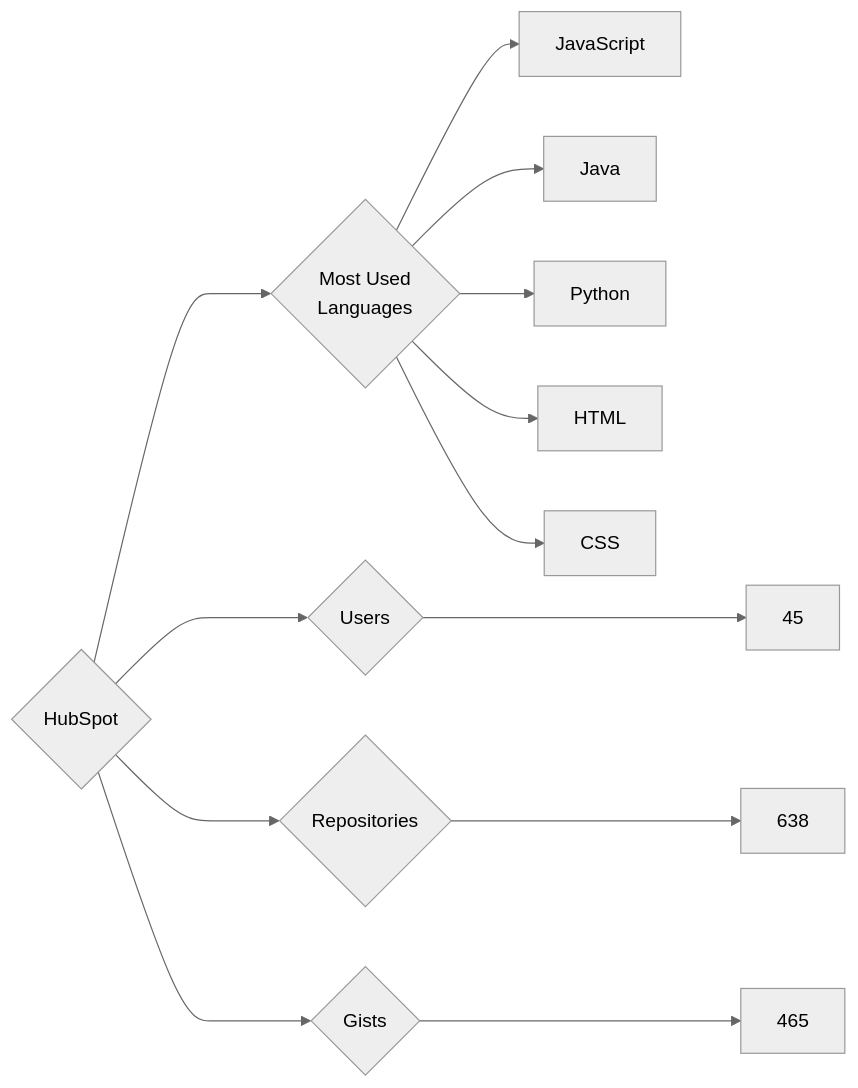
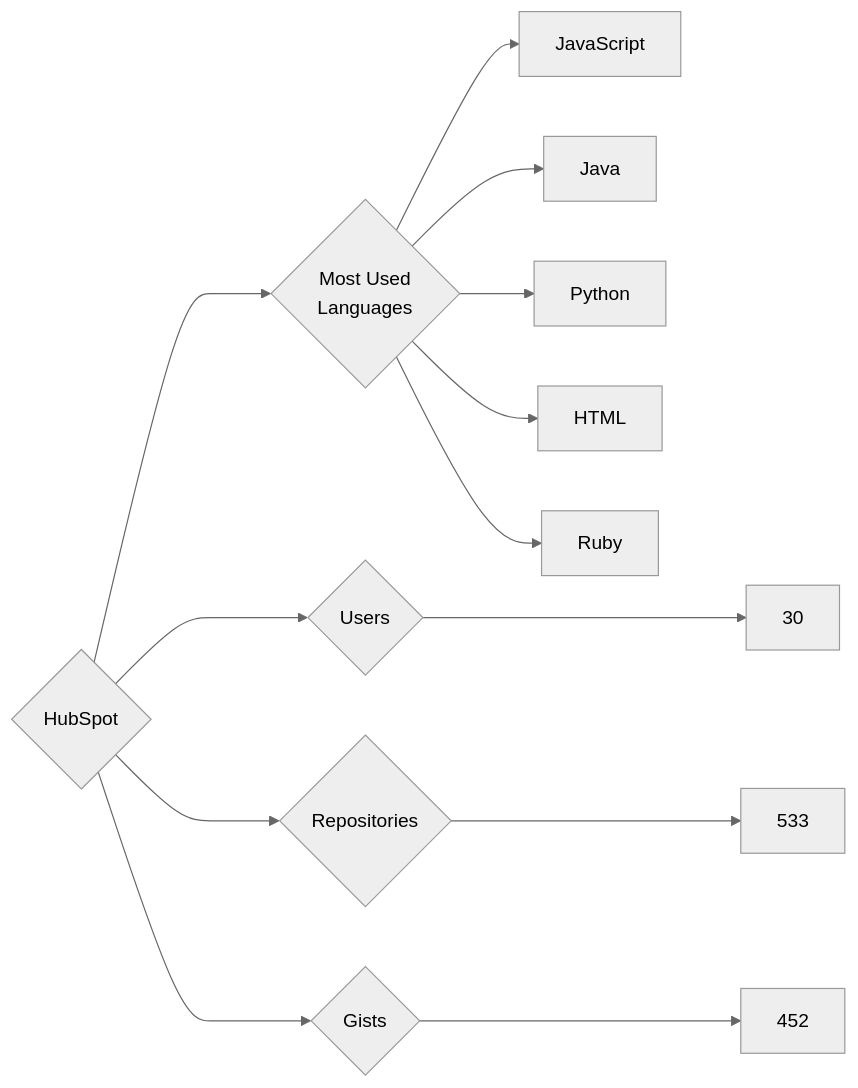
Before and after one commit to trickest/insiders: the diagram in targets/HubSpot/README.md, drawn with Mermaid (neutral theme). The commit also changed 775 other files, not shown here.

````diff
--- a/targets/HubSpot/README.md
+++ b/targets/HubSpot/README.md
@@ -3,13 +3,13 @@
 ```mermaid
 graph LR
 COMPANY_NAME{HubSpot}
-COMPANY_NAME ---> U{Users} ---> UN[45]
-COMPANY_NAME ---> R{Repositories} ---> RN[638]
-COMPANY_NAME ---> G{Gists} ---> GN[465]
+COMPANY_NAME ---> U{Users} ---> UN[30]
+COMPANY_NAME ---> R{Repositories} ---> RN[533]
+COMPANY_NAME ---> G{Gists} ---> GN[452]
 COMPANY_NAME ---> ML{Most Used<br>Languages}
 ML --> JavaScript[JavaScript]
 ML --> Java[Java]
 ML --> Python[Python]
 ML --> HTML[HTML]
-ML --> CSS[CSS]
+ML --> Ruby[Ruby]
 ```
````
